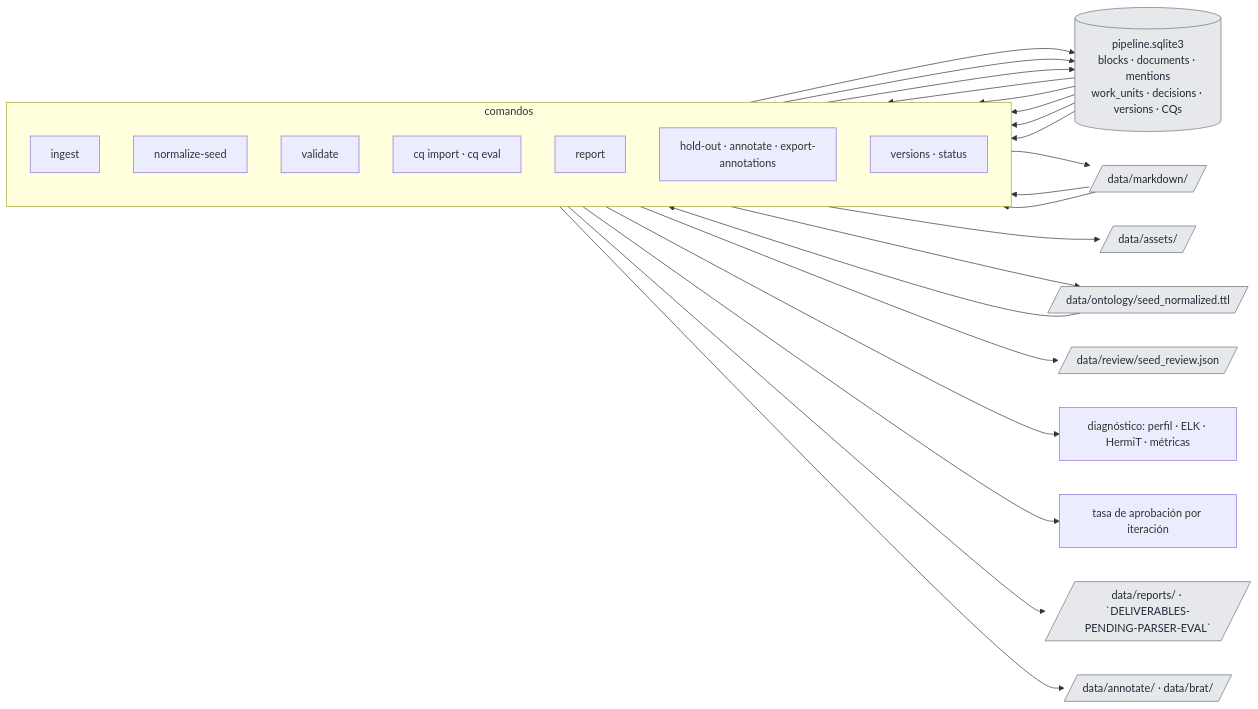
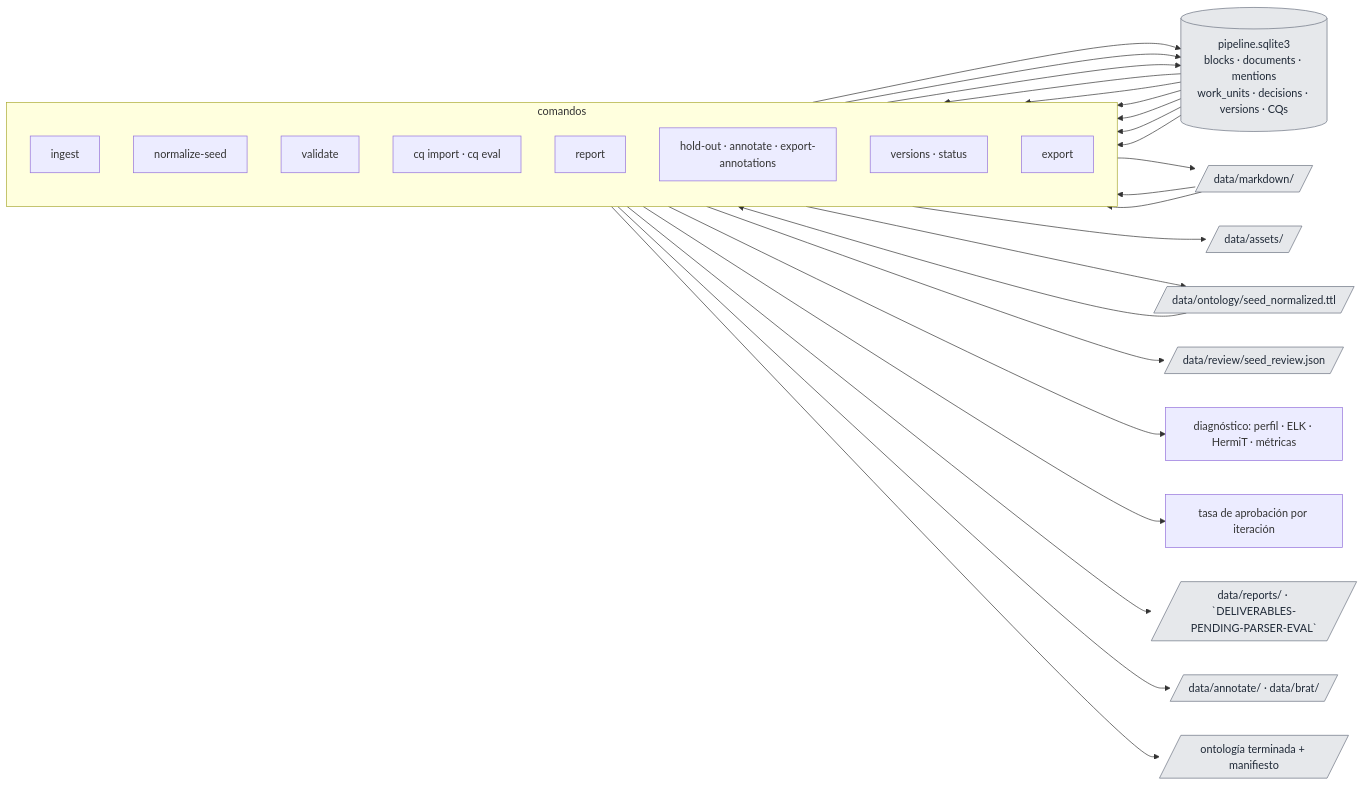
One commit to gonzatorte/ontology_and_llm_pipeline changed the second of 3 diagrams in README.md. Above: the diagram before and after it, drawn with Mermaid. The commit also changed other lines of this file and 2 other files, not shown here.

````diff
--- a/README.md
+++ b/README.md
@@ -321,42 +327,45 @@
 ```mermaid
 flowchart LR
   subgraph C["comandos"]
     direction TB
     i["ingest"]
     n["normalize-seed"]
     v["validate"]
     q["cq import · cq eval"]
     r["report"]
     a["hold-out · annotate · export-annotations"]
     s["versions · status"]
+    e["export"]
   end
 
   db[("pipeline.sqlite3<br/>blocks · documents · mentions<br/>work_units · decisions · versions · CQs")]
   md[/"data/markdown/"/]
   as[/"data/assets/"/]
   on[/"data/ontology/seed_normalized.ttl"/]
   rv[/"data/review/seed_review.json"/]
   rp[/"data/reports/ · `DELIVERABLES-PENDING-PARSER-EVAL`"/]
   an[/"data/annotate/ · data/brat/"/]
+  ex[/"ontología terminada + manifiesto"/]
   di["diagnóstico: perfil · ELK · HermiT · métricas"]
   pr["tasa de aprobación por iteración"]
 
   i --> db
   i --> md
   i --> as
   n --> on
   n --> rv
   n --> db
   db --> v
   on --> v --> di
   q --> db
   db --> q --> pr
   db --> r --> rp
   md --> r
   db --> a --> an
   md --> a
   db --> s
+  db --> e --> ex
 
   classDef store fill:#e6e8eb,stroke:#6b7280,color:#1f2937
-  class db,md,as,on,rv,rp,an store
+  class db,md,as,on,rv,rp,an,ex store
 ```
````
